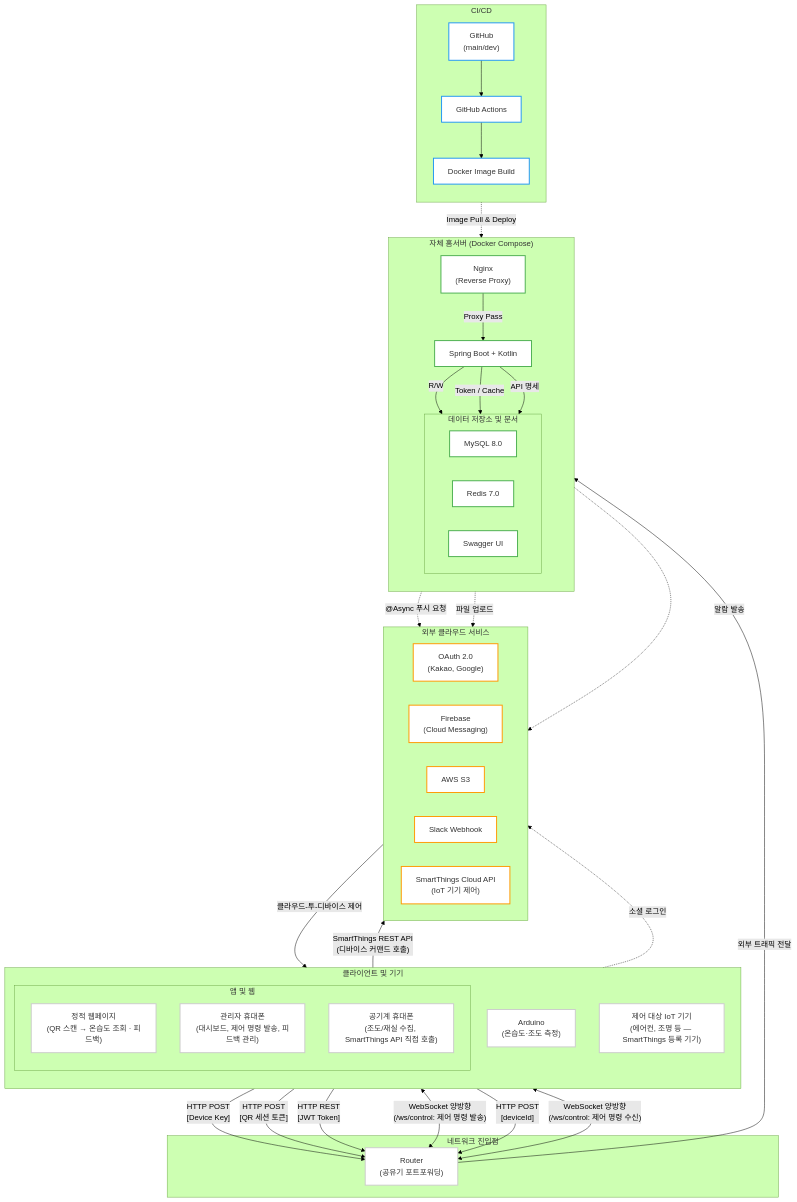
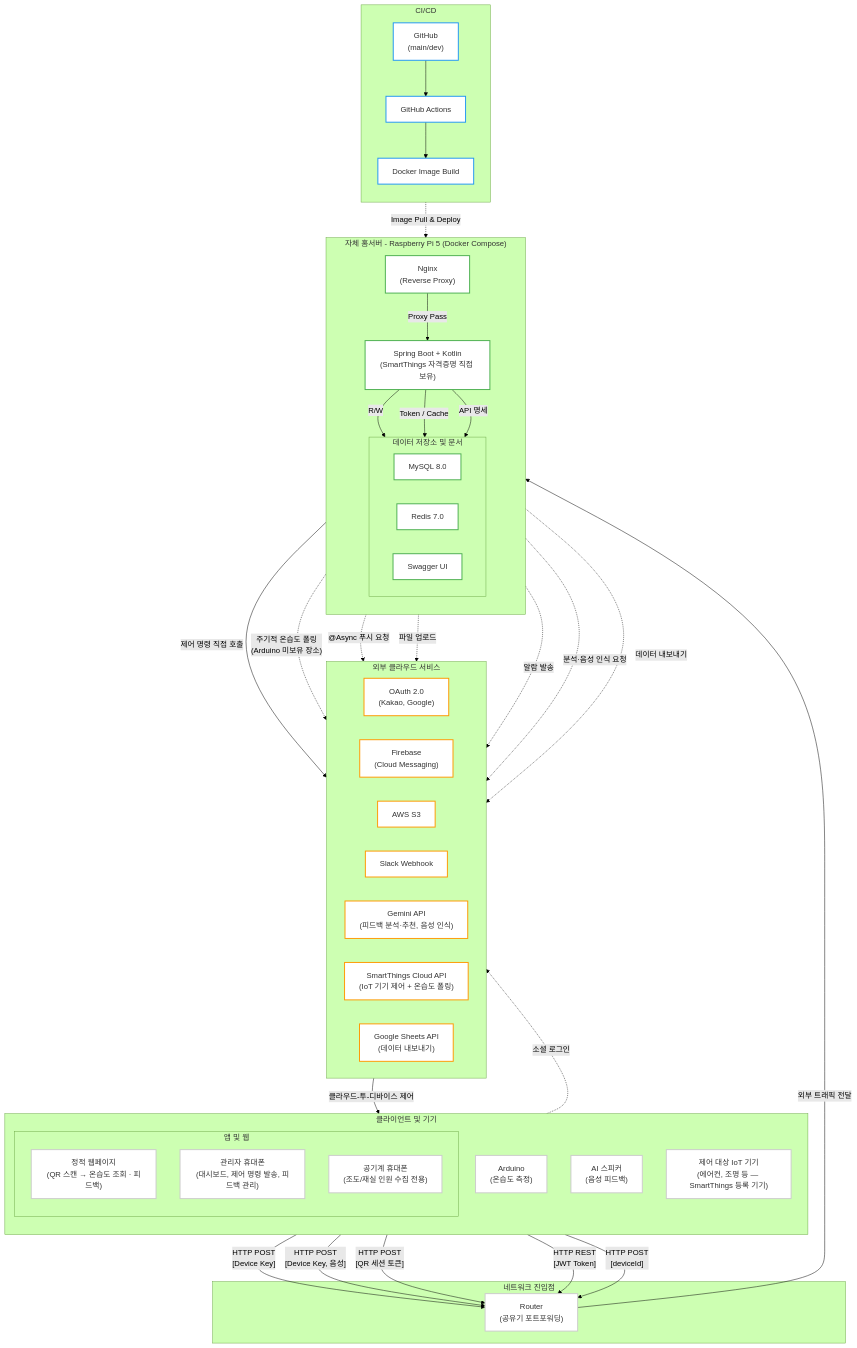
One commit to seongh06/reborn changed the first of 2 diagrams in README.md. Above: the diagram before and after it, drawn with Mermaid (forest theme). The commit also changed other lines of this file, not shown here.

```diff
--- a/README.md
+++ b/README.md
@@ -33,13 +33,14 @@
 
     subgraph External_Network ["클라이언트 및 기기"]
         direction TB
-        Arduino["Arduino<br>(온습도·조도 측정)"]:::hardware
+        Arduino["Arduino<br>(온습도 측정)"]:::hardware
+        AiSpeaker["AI 스피커<br>(음성 피드백)"]:::hardware
         TargetIoT["제어 대상 IoT 기기<br>(에어컨, 조명 등 — SmartThings 등록 기기)"]:::hardware
 
         subgraph App ["앱 및 웹"]
             QRWeb["정적 웹페이지<br>(QR 스캔 → 온습도 조회 · 피드백)"]:::client
             AdminApp["관리자 휴대폰<br>(대시보드, 제어 명령 발송, 피드백 관리)"]:::client
-            KioskApp["공기계 휴대폰<br>(조도/재실 수집, SmartThings API 직접 호출)"]:::client
+            KioskApp["공기계 휴대폰<br>(조도/재실 인원 수집 전용)"]:::client
         end
     end
 
@@ -47,10 +48,10 @@
         Router["Router<br>(공유기 포트포워딩)"]:::hardware
     end
 
-    subgraph HomeServer ["자체 홈서버 (Docker Compose)"]
+    subgraph HomeServer ["자체 홈서버 - Raspberry Pi 5 (Docker Compose)"]
         direction TB
         Nginx["Nginx<br>(Reverse Proxy)"]:::container
-        SpringBoot["Spring Boot + Kotlin"]:::container
+        SpringBoot["Spring Boot + Kotlin<br>(SmartThings 자격증명 직접 보유)"]:::container
 
         subgraph DB_Cache ["데이터 저장소 및 문서"]
             direction LR
@@ -66,7 +67,9 @@
         FCM["Firebase<br>(Cloud Messaging)"]:::external
         S3["AWS S3"]:::external
         Slack["Slack Webhook"]:::external
-        SmartThings["SmartThings Cloud API<br>(IoT 기기 제어)"]:::external
+        Gemini["Gemini API<br>(피드백 분석·추천, 음성 인식)"]:::external
+        SmartThings["SmartThings Cloud API<br>(IoT 기기 제어 + 온습도 폴링)"]:::external
+        Sheets["Google Sheets API<br>(데이터 내보내기)"]:::external
     end
 
     subgraph CICD ["CI/CD"]
@@ -77,19 +80,18 @@
     end
 
     Arduino -- "HTTP POST<br>[Device Key]" --> Router
+    AiSpeaker -- "HTTP POST<br>[Device Key, 음성]" --> Router
     QRWeb -- "HTTP POST<br>[QR 세션 토큰]" --> Router
 
     AdminApp -- "HTTP REST<br>[JWT Token]" --> Router
-    AdminApp <-->|"WebSocket 양방향<br>(/ws/control: 제어 명령 발송)"| Router
-
     KioskApp -- "HTTP POST<br>[deviceId]" --> Router
-    KioskApp <-->|"WebSocket 양방향<br>(/ws/control: 제어 명령 수신)"| Router
-
-    KioskApp -- "SmartThings REST API<br>(디바이스 커맨드 호출)" --> SmartThings
-    SmartThings -- "클라우드-투-디바이스 제어" --> TargetIoT
 
     Router -- "외부 트래픽 전달" --> Nginx
     Nginx -- "Proxy Pass" --> SpringBoot
+
+    SpringBoot -- "제어 명령 직접 호출" --> SmartThings
+    SmartThings -- "클라우드-투-디바이스 제어" --> TargetIoT
+    SpringBoot -. "주기적 온습도 폴링<br>(Arduino 미보유 장소)" .-> SmartThings
 
     SpringBoot -- "R/W" --> MySQL
     SpringBoot -- "Token / Cache" --> Redis
@@ -98,6 +100,8 @@
     SpringBoot -. "@Async 푸시 요청" .-> FCM
     SpringBoot -. "파일 업로드" .-> S3
     SpringBoot -. "알람 발송" .-> Slack
+    SpringBoot -. "분석·음성 인식 요청" .-> Gemini
+    SpringBoot -. "데이터 내보내기" .-> Sheets
     AdminApp -. "소셜 로그인" .-> OAuth
 
     GitHub --> GHActions --> DockerBuild
```
